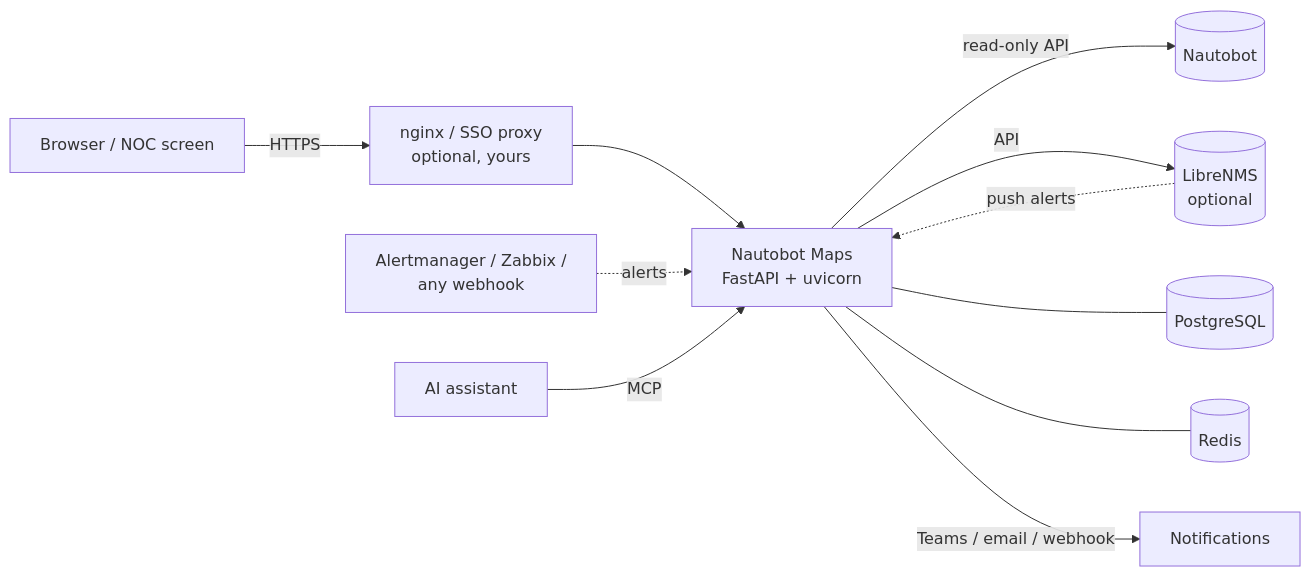
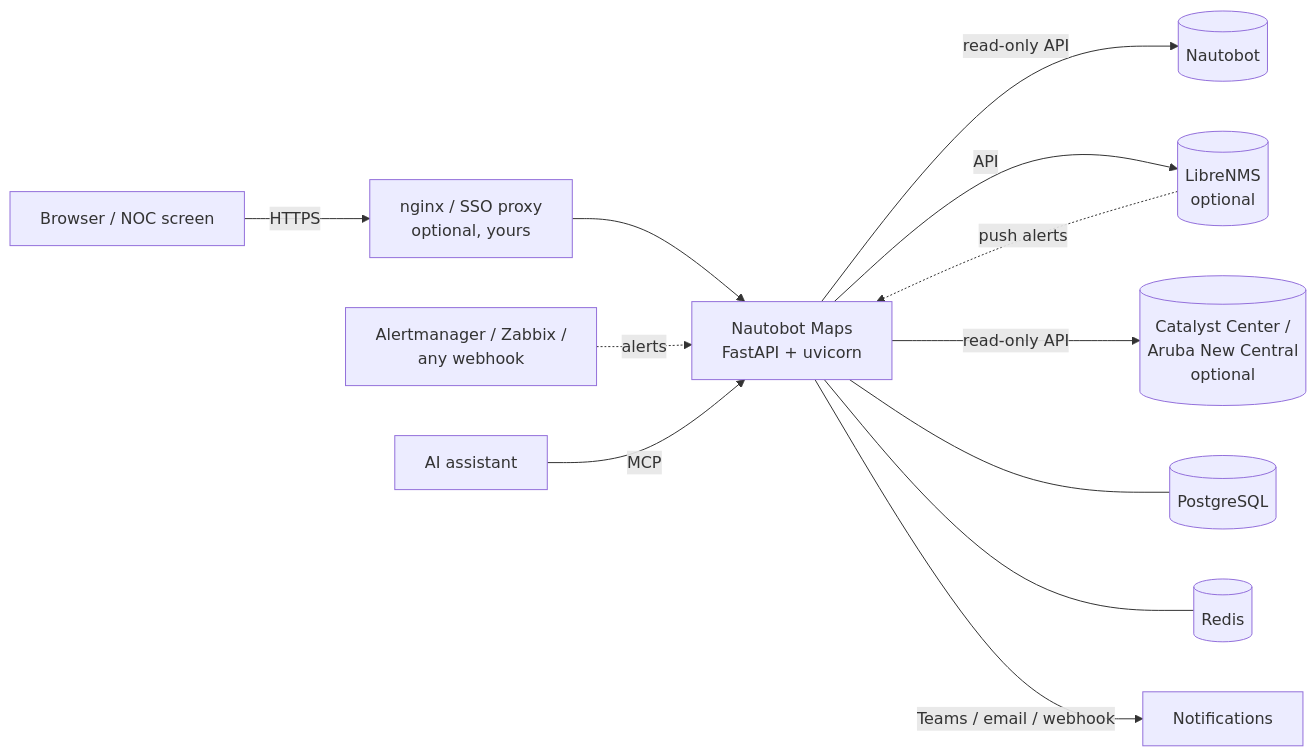
Before and after one commit to Jackass4life/Nautobot-maps: the diagram in docs/how-it-works.md, drawn with Mermaid. The commit also changed other lines of this file and 22 other files, not shown here.

````diff
--- a/docs/how-it-works.md
+++ b/docs/how-it-works.md
@@ -25,13 +25,14 @@
 ```mermaid
 flowchart LR
   user[Browser / NOC screen] -->|HTTPS| proxy[nginx / SSO proxy<br/>optional, yours]
   proxy --> app[Nautobot Maps<br/>FastAPI + uvicorn]
   app -->|read-only API| nb[(Nautobot)]
   app -->|API| lnms[(LibreNMS<br/>optional)]
   lnms -. push alerts .-> app
   am[Alertmanager / Zabbix /<br/>any webhook] -. alerts .-> app
+  app -->|read-only API| wlc[(Catalyst Center /<br/>Aruba New Central<br/>optional)]
   app --- pg[(PostgreSQL)]
   app --- rd[(Redis)]
   app -->|Teams / email / webhook| notify[Notifications]
   ai[AI assistant] -->|MCP| app
 ```
````
